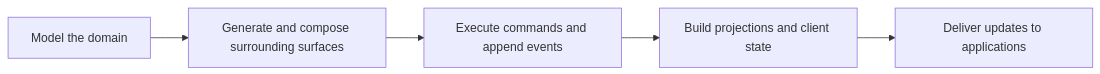
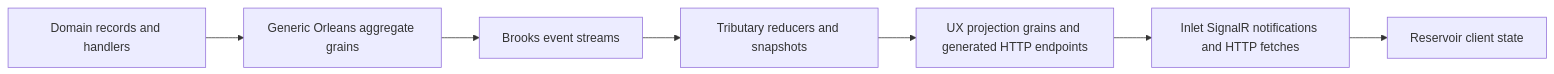
Before and after one commit to Gibbs-Morris/mississippi: the diagram in docs/Docusaurus/docs/concepts/index.md, drawn with Mermaid. The commit also changed other lines of this file and 58 other files, not shown here.

````diff
--- a/docs/Docusaurus/docs/concepts/index.md
+++ b/docs/Docusaurus/docs/concepts/index.md
@@ -28,7 +33,9 @@
 ```mermaid
 flowchart LR
-    A[Model the domain] --> B[Generate and compose surrounding surfaces]
-    B --> C[Execute commands and append events]
-    C --> D[Build projections and client state]
-    D --> E[Deliver updates to applications]
+    A[Domain records and handlers] --> B[Generic Orleans aggregate grains]
+    B --> C[Brooks event streams]
+    C --> D[Tributary reducers and snapshots]
+    D --> E[UX projection grains and generated HTTP endpoints]
+    E --> F[Inlet SignalR notifications and HTTP fetches]
+    F --> G[Reservoir client state]
 ```
````
